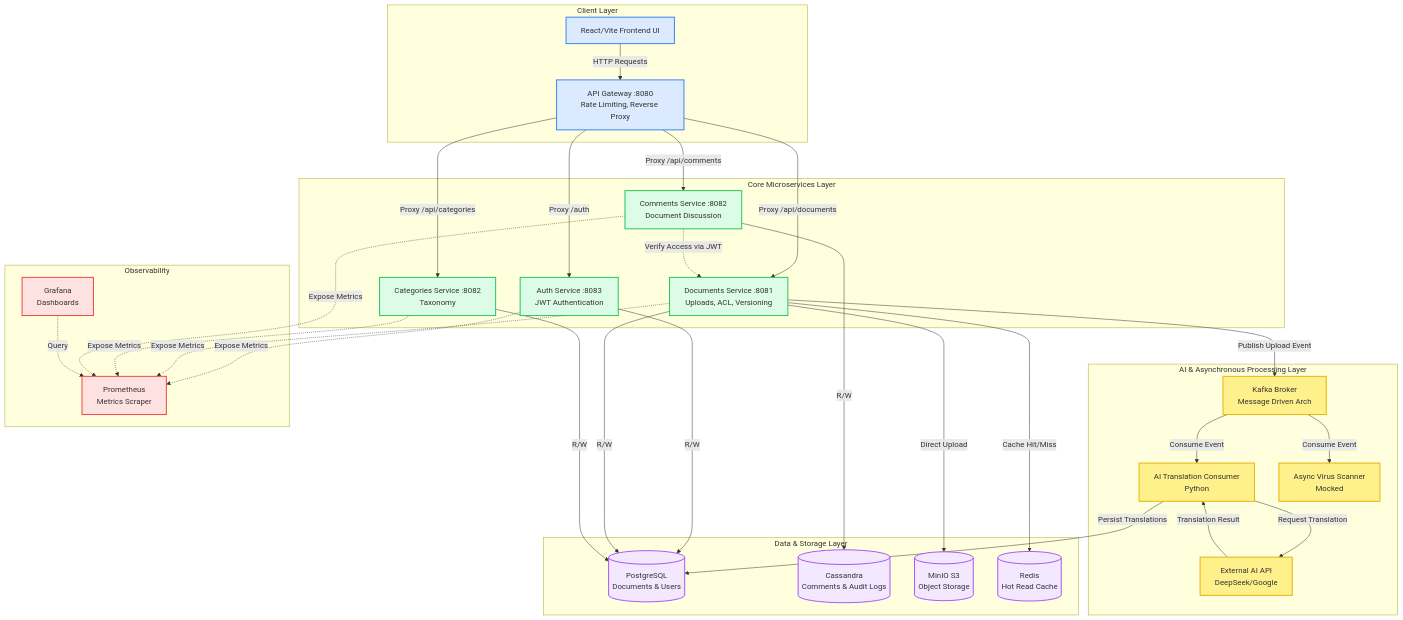
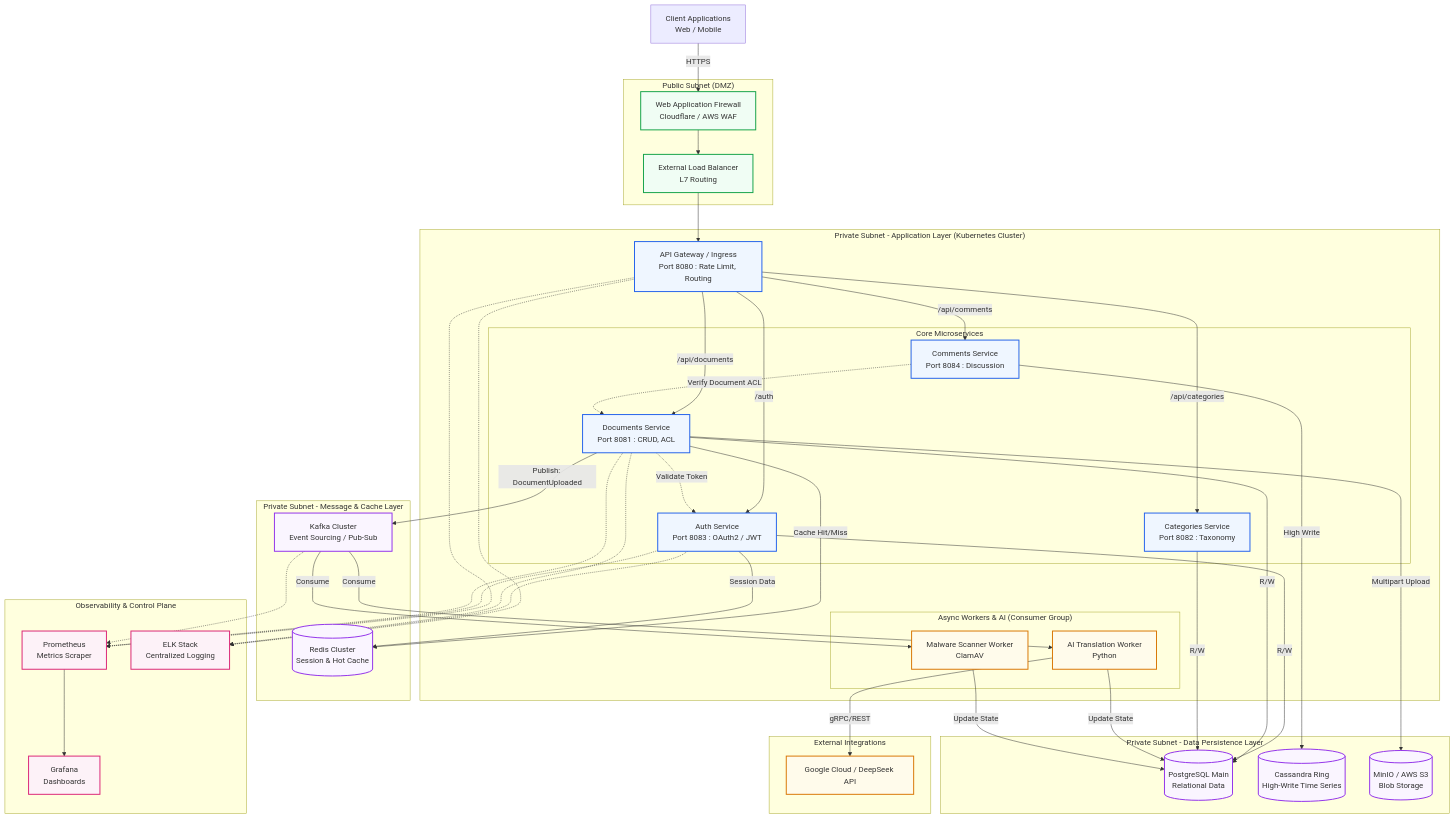
The diagram in ARCHITECTURE_DIAGRAM.md (Samir-Guenchi/DocVault), drawn with Mermaid before and after one commit. The commit also changed other lines of this file and 41 other files, not shown here.

````diff
--- a/ARCHITECTURE_DIAGRAM.md
+++ b/ARCHITECTURE_DIAGRAM.md
@@ -5,80 +15,100 @@
 ```mermaid
 graph TB
-    subgraph Client Layer
-        UI[React/Vite Frontend UI]
-        API_GW[API Gateway :8080<br/>Rate Limiting, Reverse Proxy]
+    %% External Boundary
+    Client[Client Applications<br/>Web / Mobile]
+    
+    subgraph "Public Subnet (DMZ)"
+        WAF[Web Application Firewall<br/>Cloudflare / AWS WAF]
+        LB[External Load Balancer<br/>L7 Routing]
     end
 
-    subgraph Core Microservices Layer
-        AUTH[Auth Service :8083<br/>JWT Authentication]
-        DOCS[Documents Service :8081<br/>Uploads, ACL, Versioning]
-        CATS[Categories Service :8082<br/>Taxonomy]
-        COMS[Comments Service :8082<br/>Document Discussion]
+    subgraph "Private Subnet - Application Layer (Kubernetes Cluster)"
+        API_GW[API Gateway / Ingress<br/>Port 8080 : Rate Limit, Routing]
+        
+        subgraph "Core Microservices"
+            AUTH[Auth Service<br/>Port 8083 : OAuth2 / JWT]
+            DOCS[Documents Service<br/>Port 8081 : CRUD, ACL]
+            CATS[Categories Service<br/>Port 8082 : Taxonomy]
+            COMS[Comments Service<br/>Port 8084 : Discussion]
+        end
+        
+        subgraph "Async Workers & AI (Consumer Group)"
+            TRANS_CONS[AI Translation Worker<br/>Python]
+            VIRUS[Malware Scanner Worker<br/>ClamAV]
+        end
     end
 
-    subgraph AI & Asynchronous Processing Layer
-        KAFKA[Kafka Broker<br/>Message Driven Arch]
-        TRANS_CONS[AI Translation Consumer<br/>Python]
-        TRANS_API[External AI API<br/>DeepSeek/Google]
-        VIRUS[Async Virus Scanner<br/>Mocked]
+    subgraph "Private Subnet - Message & Cache Layer"
+        KAFKA[Kafka Cluster<br/>Event Sourcing / Pub-Sub]
+        REDIS[(Redis Cluster<br/>Session & Hot Cache)]
     end
 
-    subgraph Data & Storage Layer
-        PG_DOCS[(PostgreSQL<br/>Documents & Users)]
-        CASS[(Cassandra<br/>Comments & Audit Logs)]
-        MINIO[(MinIO S3<br/>Object Storage)]
-        REDIS[(Redis<br/>Hot Read Cache)]
+    subgraph "Private Subnet - Data Persistence Layer"
+        PG_DOCS[(PostgreSQL Main<br/>Relational Data)]
+        CASS[(Cassandra Ring<br/>High-Write Time Series)]
+        MINIO[(MinIO / AWS S3<br/>Blob Storage)]
     end
 
-    subgraph Observability
+    subgraph "External Integrations"
+        TRANS_API[Google Cloud / DeepSeek API]
+    end
+
+    subgraph "Observability & Control Plane"
         PROM[Prometheus<br/>Metrics Scraper]
         GRAF[Grafana<br/>Dashboards]
+        ELK[ELK Stack<br/>Centralized Logging]
     end
 
-    %% Client Interactions
-    UI -->|HTTP Requests| API_GW
-    API_GW -->|Proxy /auth| AUTH
-    API_GW -->|Proxy /api/documents| DOCS
-    API_GW -->|Proxy /api/categories| CATS
-    API_GW -->|Proxy /api/comments| COMS
+    %% Flow Definitions
+    Client -->|HTTPS| WAF
+    WAF --> LB
+    LB --> API_GW
+    
+    API_GW -->|/auth| AUTH
+    API_GW -->|/api/documents| DOCS
+    API_GW -->|/api/categories| CATS
+    API_GW -->|/api/comments| COMS
 
-    %% Synchronous Internal Service Calls
-    COMS -.->|Verify Access via JWT| DOCS
+    %% Internal Sync Auth Checks
+    DOCS -.->|Validate Token| AUTH
+    COMS -.->|Verify Document ACL| DOCS
 
-    %% Data Persistence
+    %% Data Connections
     AUTH -->|R/W| PG_DOCS
     DOCS -->|R/W| PG_DOCS
     CATS -->|R/W| PG_DOCS
-    COMS -->|R/W| CASS
+    COMS -->|High Write| CASS
+    
     DOCS -->|Cache Hit/Miss| REDIS
-    DOCS -->|Direct Upload| MINIO
+    AUTH -->|Session Data| REDIS
+    DOCS -->|Multipart Upload| MINIO
 
-    %% Asynchronous Flow
-    DOCS -->|Publish Upload Event| KAFKA
-    KAFKA -->|Consume Event| TRANS_CONS
-    TRANS_CONS -->|Request Translation| TRANS_API
-    TRANS_API -->|Translation Result| TRANS_CONS
-    TRANS_CONS -->|Persist Translations| PG_DOCS
+    %% Async Flow
+    DOCS -->|Publish: DocumentUploaded| KAFKA
+    KAFKA -->|Consume| TRANS_CONS
+    KAFKA -->|Consume| VIRUS
     
-    KAFKA -->|Consume Event| VIRUS
+    TRANS_CONS -->|gRPC/REST| TRANS_API
+    TRANS_CONS -->|Update State| PG_DOCS
+    VIRUS -->|Update State| PG_DOCS
 
-    %% Observability Flow
-    AUTH -.->|Expose Metrics| PROM
-    DOCS -.->|Expose Metrics| PROM
-    CATS -.->|Expose Metrics| PROM
-    COMS -.->|Expose Metrics| PROM
-    GRAF -.->|Query| PROM
+    %% Observability Lines (Dotted)
+    API_GW -.-> PROM & ELK
+    AUTH -.-> PROM & ELK
+    DOCS -.-> PROM & ELK
+    KAFKA -.-> PROM
+    PROM --> GRAF
 
-    classDef default fill:#f9f9f9,stroke:#333,stroke-width:1px;
-    classDef client fill:#dbeafe,stroke:#3b82f6,stroke-width:2px;
-    classDef service fill:#dcfce7,stroke:#22c55e,stroke-width:2px;
-    classDef async fill:#fef08a,stroke:#eab308,stroke-width:2px;
-    classDef data fill:#f3e8ff,stroke:#a855f7,stroke-width:2px;
-    classDef obs fill:#fee2e2,stroke:#ef4444,stroke-width:2px;
+    %% Styling
+    classDef public fill:#f0fdf4,stroke:#16a34a,stroke-width:2px;
+    classDef private fill:#eff6ff,stroke:#2563eb,stroke-width:2px;
+    classDef data fill:#faf5ff,stroke:#9333ea,stroke-width:2px;
+    classDef async fill:#fffbeb,stroke:#d97706,stroke-width:2px;
+    classDef obs fill:#fdf2f8,stroke:#db2777,stroke-width:2px;
 
-    class UI,API_GW client;
-    class AUTH,DOCS,CATS,COMS service;
-    class KAFKA,TRANS_CONS,TRANS_API,VIRUS async;
-    class PG_DOCS,CASS,MINIO,REDIS data;
-    class PROM,GRAF obs;
+    class WAF,LB public;
+    class API_GW,AUTH,DOCS,CATS,COMS private;
+    class PG_DOCS,CASS,MINIO,REDIS,KAFKA data;
+    class TRANS_CONS,VIRUS,TRANS_API async;
+    class PROM,GRAF,ELK obs;
 ```
````
